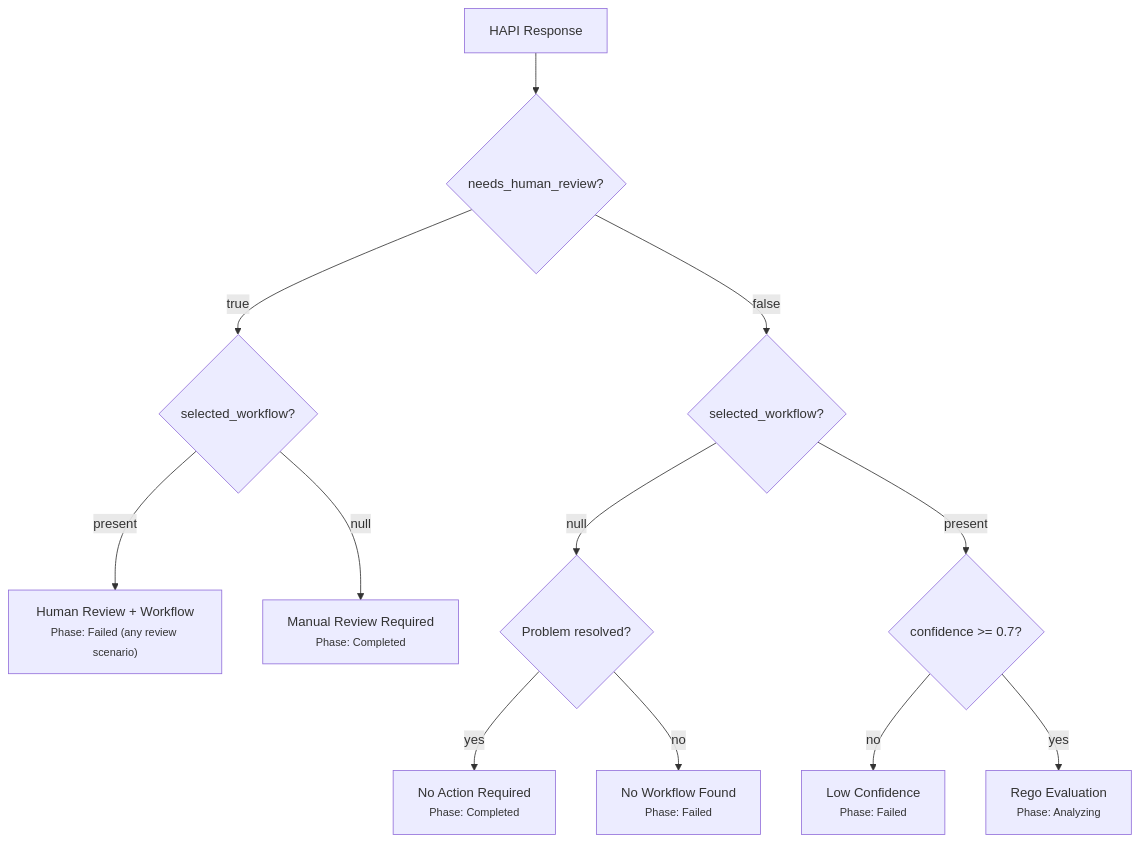
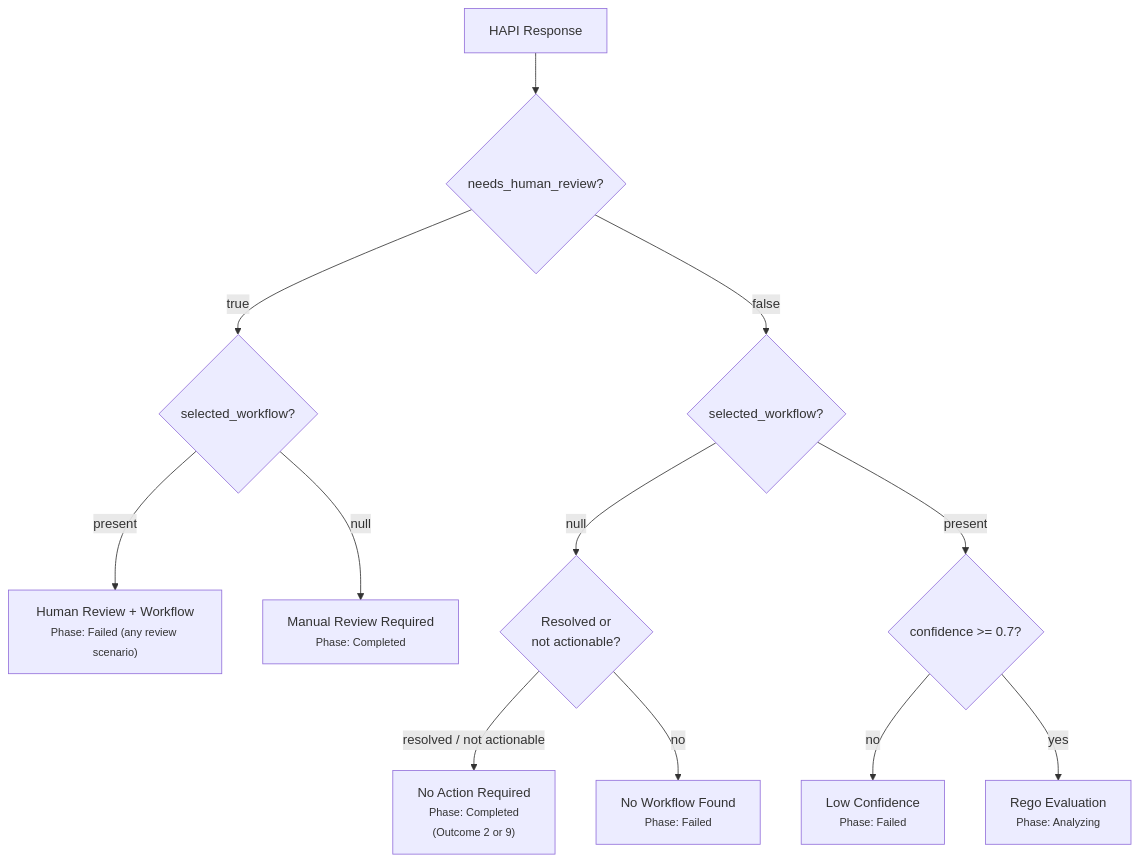
One commit to jordigilh/kubernaut-docs changed the third of 3 diagrams in docs/architecture/hapi-investigation.md. Above: the diagram before and after it, drawn with Mermaid. The commit also changed 4 other files, not shown here.

First line of the commit message:
fix(architecture): post-review fixups — auth diagram, DLQ consistency, SP table, outcome diagram

````diff
--- a/docs/architecture/hapi-investigation.md
+++ b/docs/architecture/hapi-investigation.md
@@ -413,14 +413,14 @@
 ```mermaid
 flowchart TD
     HAPI["HAPI Response"] --> NHR{"needs_human_review?"}
     NHR -->|true| HasWFReview{"selected_workflow?"}
     HasWFReview -->|present| HRFailed["Human Review + Workflow<br/><small>Phase: Failed (any review scenario)</small>"]
     HasWFReview -->|null| HRCompleted["Manual Review Required<br/><small>Phase: Completed</small>"]
     NHR -->|false| HasWF{"selected_workflow?"}
-    HasWF -->|null| Resolved{"Problem resolved?"}
+    HasWF -->|null| Resolved{"Resolved or<br/>not actionable?"}
     HasWF -->|present| Confidence{"confidence >= 0.7?"}
-    Resolved -->|yes| NoAction["No Action Required<br/><small>Phase: Completed</small>"]
+    Resolved -->|"resolved / not actionable"| NoAction["No Action Required<br/><small>Phase: Completed<br/>(Outcome 2 or 9)</small>"]
     Resolved -->|no| NoWFFailure["No Workflow Found<br/><small>Phase: Failed</small>"]
     Confidence -->|no| LowConf["Low Confidence<br/><small>Phase: Failed</small>"]
     Confidence -->|yes| Rego["Rego Evaluation<br/><small>Phase: Analyzing</small>"]
 ```
````
